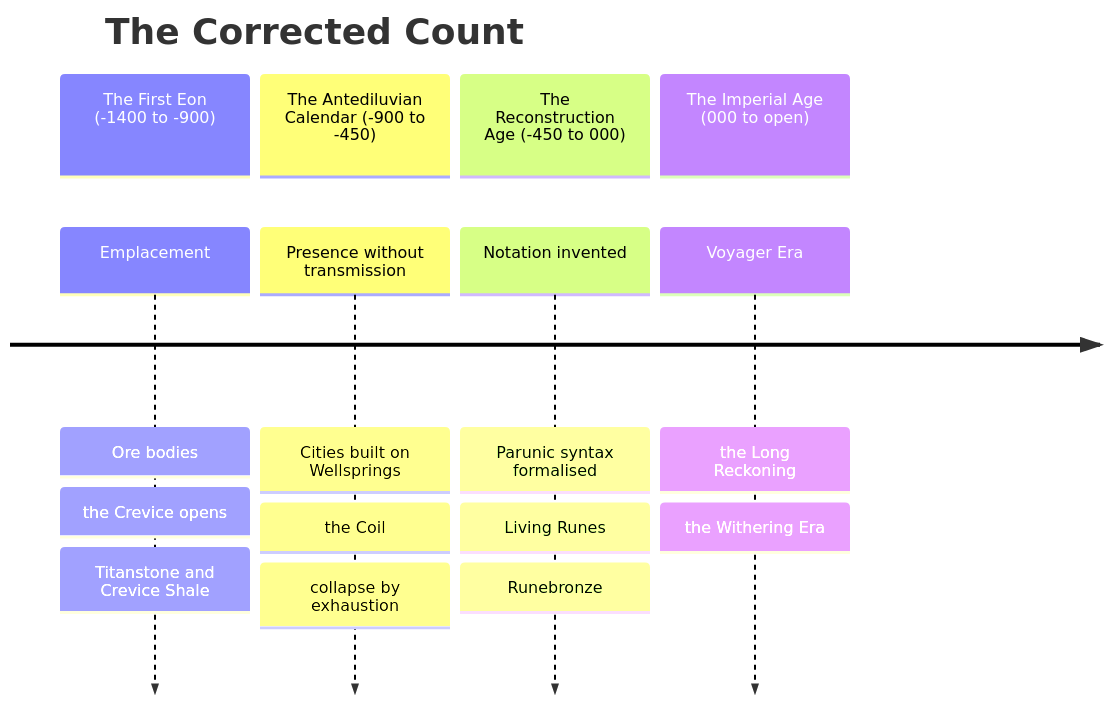
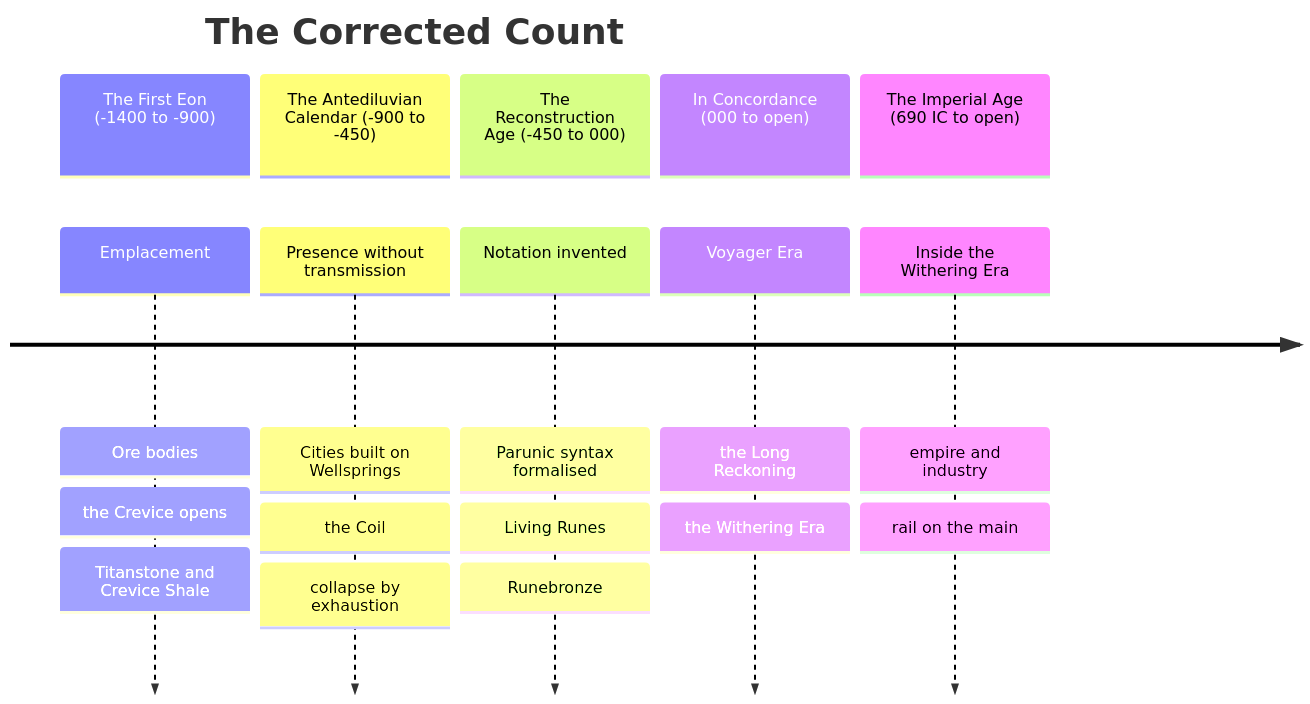
The diagram in wiki/Cosmology & Metaphysics/The Concordance of Ages.md (vispotvision/wotr-rule-index), drawn with Mermaid before and after one commit. The commit also changed other lines of this file and 66 other files, not shown here.

````diff
--- a/wiki/Cosmology & Metaphysics/The Concordance of Ages.md
+++ b/wiki/Cosmology & Metaphysics/The Concordance of Ages.md
@@ -34,12 +34,14 @@
 ```mermaid
 timeline
     title The Corrected Count
     section The First Eon (-1400 to -900)
         Emplacement : Ore bodies : the Crevice opens : Titanstone and Crevice Shale
     section The Antediluvian Calendar (-900 to -450)
         Presence without transmission : Cities built on Wellsprings : the Coil : collapse by exhaustion
     section The Reconstruction Age (-450 to 000)
         Notation invented : Parunic syntax formalised : Living Runes : Runebronze
-    section The Imperial Age (000 to open)
+    section In Concordance (000 to open)
         Voyager Era : the Long Reckoning : the Withering Era
+    section The Imperial Age (690 IC to open)
+        Inside the Withering Era : empire and industry : rail on the main
 ```
````
